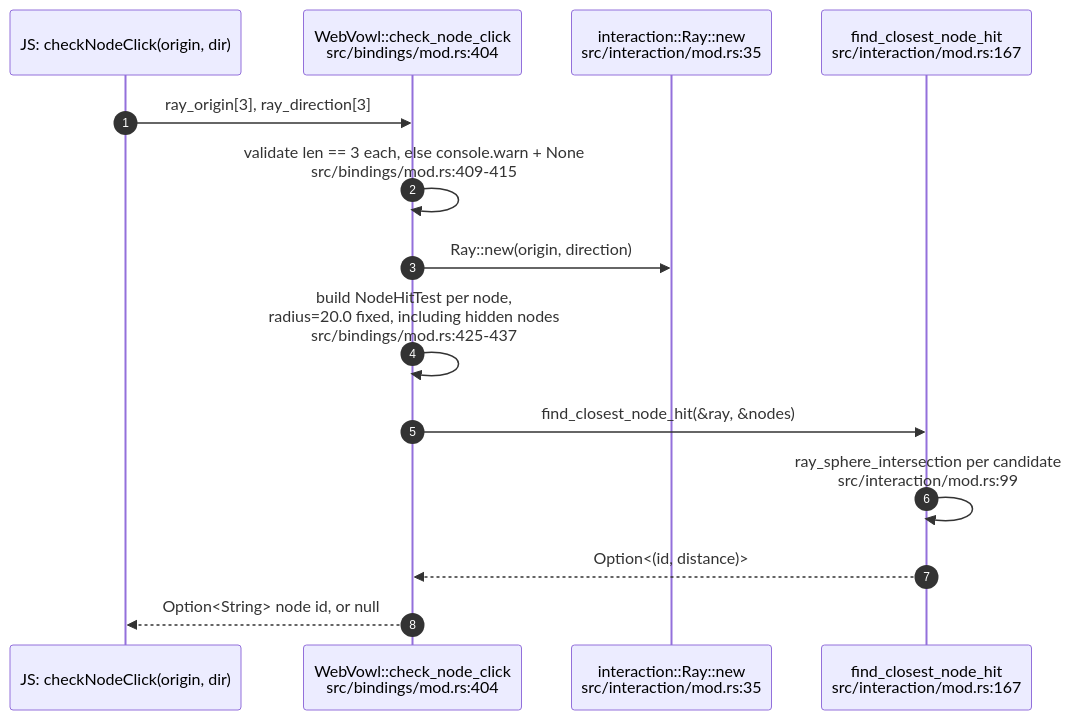
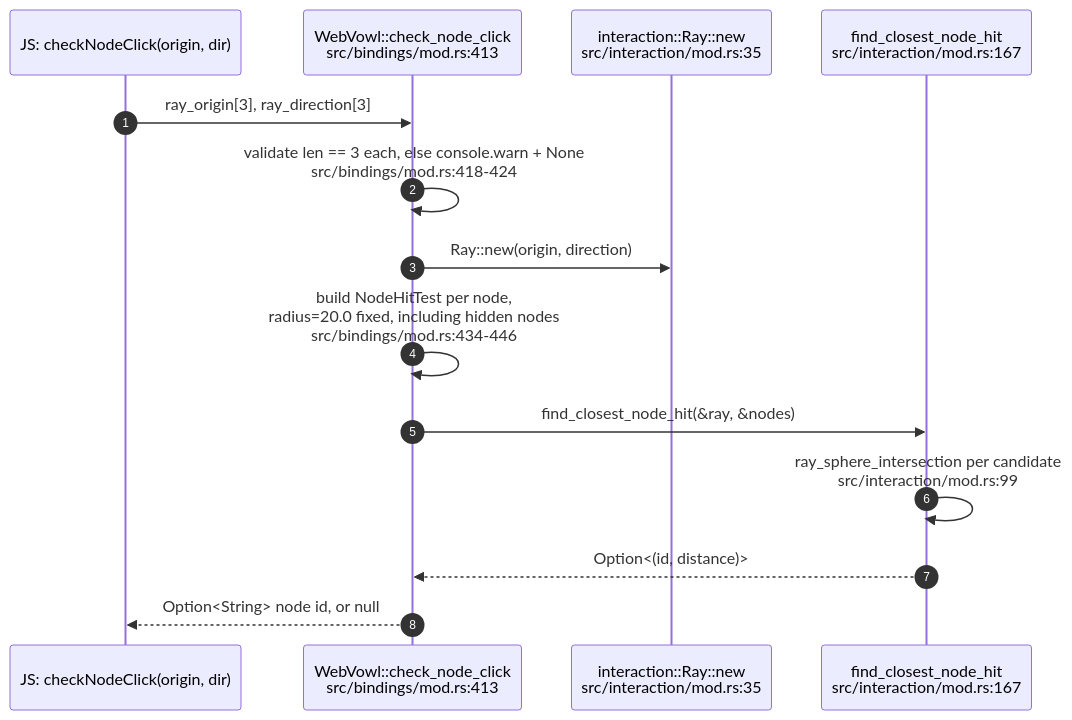
The third of 10 diagrams in docs/diagrams/vowl-wasm/04-js-api-examples-and-consumers.md (DreamLab-AI/VisionFlow), drawn with Mermaid before and after one commit. The commit also changed other lines of this file and 5 other files, not shown here.

First line of the commit message:
docs(diagrams): vowl-wasm re-verified at v0.4.0 (0779174)

````diff
--- a/docs/diagrams/vowl-wasm/04-js-api-examples-and-consumers.md
+++ b/docs/diagrams/vowl-wasm/04-js-api-examples-and-consumers.md
@@ -68,16 +71,16 @@
 ```mermaid
 sequenceDiagram
     autonumber
     participant JS as JS: checkNodeClick(origin, dir)
-    participant WV as WebVowl::check_node_click<br/>src/bindings/mod.rs:404
+    participant WV as WebVowl::check_node_click<br/>src/bindings/mod.rs:413
     participant R as interaction::Ray::new<br/>src/interaction/mod.rs:35
     participant F as find_closest_node_hit<br/>src/interaction/mod.rs:167
     JS->>WV: ray_origin[3], ray_direction[3]
-    WV->>WV: validate len == 3 each, else console.warn + None<br/>src/bindings/mod.rs:409-415
+    WV->>WV: validate len == 3 each, else console.warn + None<br/>src/bindings/mod.rs:418-424
     WV->>R: Ray::new(origin, direction)
-    WV->>WV: build NodeHitTest per node,<br/>radius=20.0 fixed, including hidden nodes<br/>src/bindings/mod.rs:425-437
+    WV->>WV: build NodeHitTest per node,<br/>radius=20.0 fixed, including hidden nodes<br/>src/bindings/mod.rs:434-446
     WV->>F: find_closest_node_hit(&ray, &nodes)
     F->>F: ray_sphere_intersection per candidate<br/>src/interaction/mod.rs:99
     F-->>WV: Option<(id, distance)>
     WV-->>JS: Option<String> node id, or null
 ```
````
